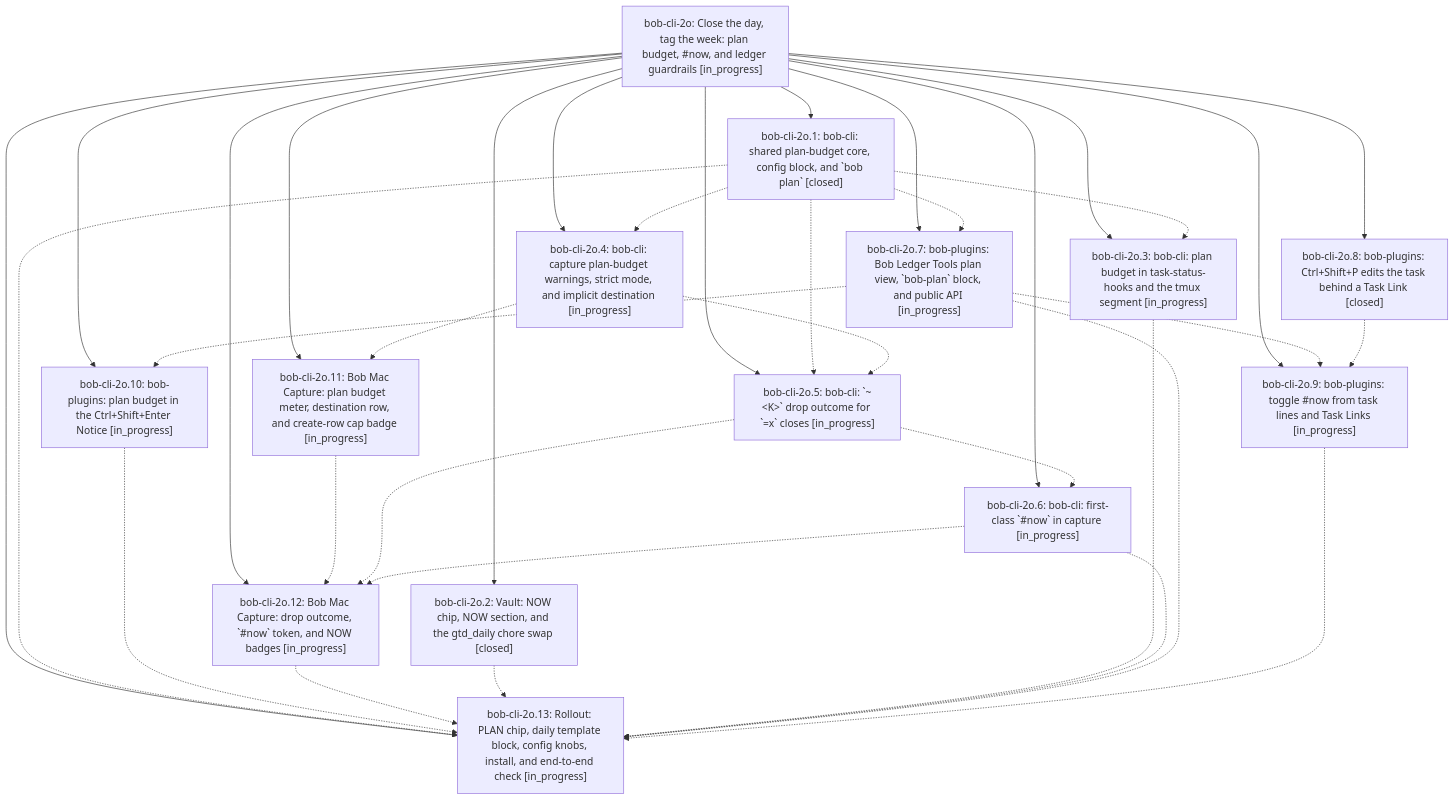
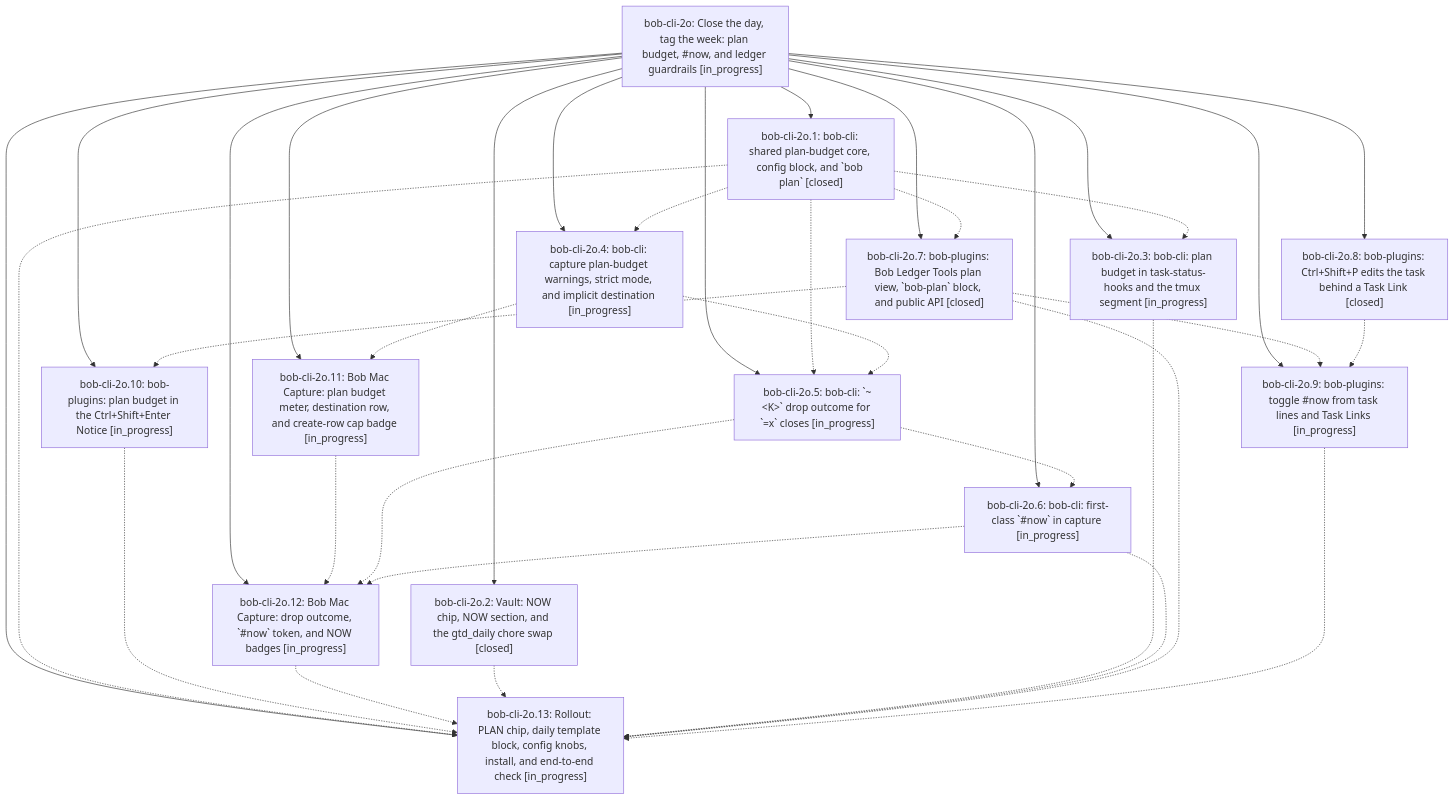
One commit to bobs-org/bob-cli--beads changed the diagram in pages/bob-cli-2o/README.md. Above: the diagram before and after it, drawn with Mermaid. The commit also changed other lines of this file and 6 other files, not shown here.

First line of the commit message:
chore(beads): sync bead state and pages for bob-cli-2o

````diff
--- a/pages/bob-cli-2o/README.md
+++ b/pages/bob-cli-2o/README.md
@@ -34,51 +34,51 @@
 ```mermaid
 flowchart TD
     n0["bob-cli-2o: Close the day, tag the week: plan budget, #now, and ledger guardrails [in_progress]"]
     n1["bob-cli-2o.1: bob-cli: shared plan-budget core, config block, and `bob plan` [closed]"]
     n2["bob-cli-2o.10: bob-plugins: plan budget in the Ctrl+Shift+Enter Notice [in_progress]"]
     n3["bob-cli-2o.11: Bob Mac Capture: plan budget meter, destination row, and create-row cap badge [in_progress]"]
     n4["bob-cli-2o.12: Bob Mac Capture: drop outcome, `#now` token, and NOW badges [in_progress]"]
     n5["bob-cli-2o.13: Rollout: PLAN chip, daily template block, config knobs, install, and end-to-end check [in_progress]"]
     n6["bob-cli-2o.2: Vault: NOW chip, NOW section, and the gtd_daily chore swap [closed]"]
     n7["bob-cli-2o.3: bob-cli: plan budget in task-status-hooks and the tmux segment [in_progress]"]
     n8["bob-cli-2o.4: bob-cli: capture plan-budget warnings, strict mode, and implicit destination [in_progress]"]
     n9["bob-cli-2o.5: bob-cli: `~&lt;K&gt;` drop outcome for `=x` closes [in_progress]"]
     n10["bob-cli-2o.6: bob-cli: first-class `#now` in capture [in_progress]"]
-    n11["bob-cli-2o.7: bob-plugins: Bob Ledger Tools plan view, `bob-plan` block, and public API [in_progress]"]
+    n11["bob-cli-2o.7: bob-plugins: Bob Ledger Tools plan view, `bob-plan` block, and public API [closed]"]
     n12["bob-cli-2o.8: bob-plugins: Ctrl+Shift+P edits the task behind a Task Link [closed]"]
     n13["bob-cli-2o.9: bob-plugins: toggle #now from task lines and Task Links [in_progress]"]
     n0 --> n1
     n0 --> n2
     n0 --> n3
     n0 --> n4
     n0 --> n5
     n0 --> n6
     n0 --> n7
     n0 --> n8
     n0 --> n9
     n0 --> n10
     n0 --> n11
     n0 --> n12
     n0 --> n13
     n1 -.-> n5
     n1 -.-> n7
     n1 -.-> n8
     n1 -.-> n9
     n1 -.-> n11
     n2 -.-> n5
     n3 -.-> n4
     n4 -.-> n5
     n6 -.-> n5
     n7 -.-> n5
     n8 -.-> n3
     n8 -.-> n9
     n9 -.-> n4
     n9 -.-> n10
     n10 -.-> n4
     n10 -.-> n5
     n11 -.-> n2
     n11 -.-> n5
     n11 -.-> n13
     n12 -.-> n13
     n13 -.-> n5
 ```
````
